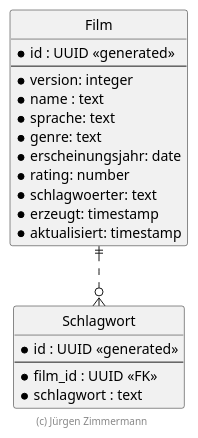
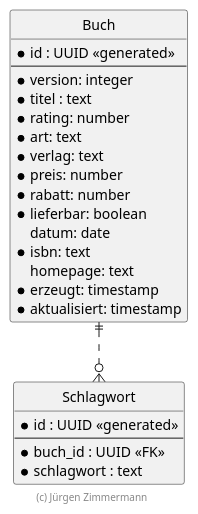
The diagram in .extras/doc/entwicklerhandbuch/ER-Diagramm.plantuml (Yuszi/Film), drawn with PlantUML before and after one commit. The commit also changed 12 other files, not shown here.

```diff
--- a/.extras/doc/entwicklerhandbuch/ER-Diagramm.plantuml
+++ b/.extras/doc/entwicklerhandbuch/ER-Diagramm.plantuml
@@ -18,34 +18,38 @@
 @startuml ER Diagramm
 
 ' hide the spot
 hide circle
 
 ' evtl. Prbleme mit Kraehenfuessen vermeiden
 skinparam linetype ortho
 
-entity "Film" {
+entity "Buch" {
   *id : UUID <<generated>>
   --
   *version: integer
-  *name : text
-  *sprache: text
-  *genre: text
-  *erscheinungsjahr: date
+  *titel : text
   *rating: number
-  *schlagwoerter: text
+  *art: text
+  *verlag: text
+  *preis: number
+  *rabatt: number
+  *lieferbar: boolean
+  datum: date
+  *isbn: text
+  homepage: text
   *erzeugt: timestamp
   *aktualisiert: timestamp
 }
 
 entity "Schlagwort" {
   *id : UUID <<generated>>
   --
-  *film_id : UUID <<FK>>
+  *buch_id : UUID <<FK>>
   *schlagwort : text
 }
 
-Film ||..o{ Schlagwort
+Buch ||..o{ Schlagwort
 
 footer (c) Jürgen Zimmermann
 
 @enduml
```
